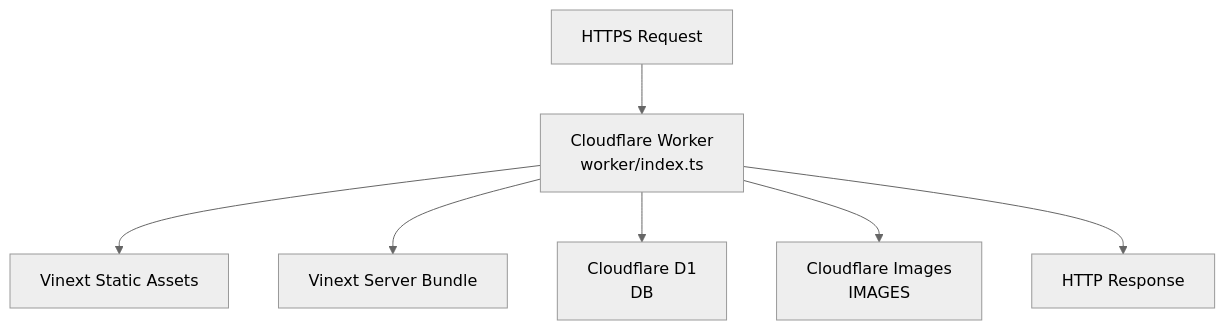
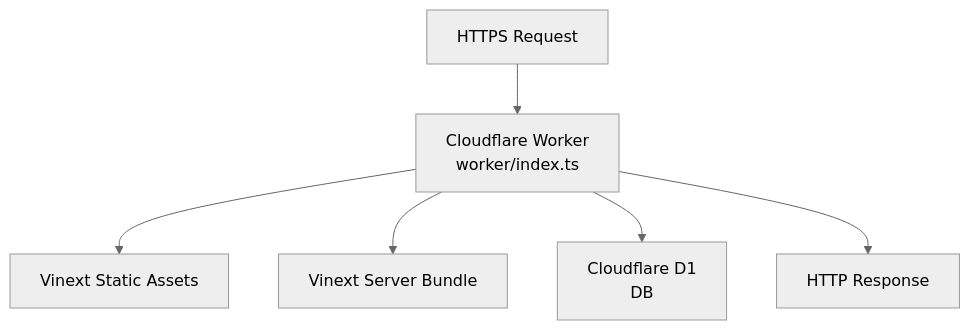
Before and after one commit to 73junito/village_strong: the diagram in apps/web/worker/MERMAID.md, drawn with Mermaid (neutral theme). The commit also changed 4 other files, not shown here.

````diff
--- a/apps/web/worker/MERMAID.md
+++ b/apps/web/worker/MERMAID.md
@@ -3,12 +3,11 @@
 ```mermaid
 flowchart TD
     Request["HTTPS Request"]
     Worker["Cloudflare Worker<br/>worker/index.ts"]
 
     Request --> Worker
     Worker --> Static["Vinext Static Assets"]
     Worker --> Server["Vinext Server Bundle"]
     Worker --> D1["Cloudflare D1<br/>DB"]
-    Worker --> Images["Cloudflare Images<br/>IMAGES"]
     Worker --> Response["HTTP Response"]
 ```
````
